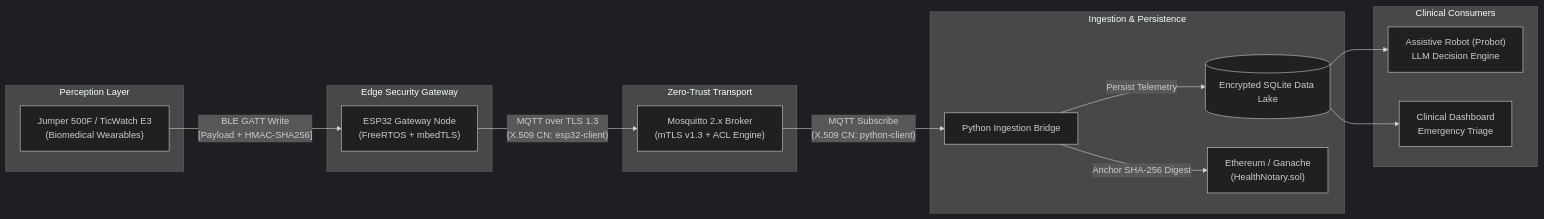
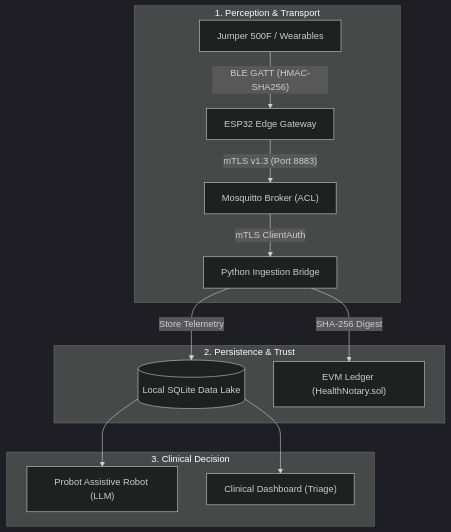
Before and after one commit to kappino/IOT_SEC_CARE_Gateway: the first of 4 diagrams in README.md, drawn with Mermaid (dark theme).

Commit message:
docs: condense architecture flowchart to top-down responsive layout

````diff
--- a/README.md
+++ b/README.md
@@ -26,33 +26,18 @@
 ```mermaid
-flowchart LR
-    subgraph Sensors["Perception Layer"]
-        Oximeter["Jumper 500F / TicWatch E3<br/>(Biomedical Wearables)"]
+flowchart TD
+    subgraph S1["1. Perception & Transport"]
+        Sensor["Jumper 500F / Wearables"] -->|"BLE GATT (HMAC-SHA256)"| Gateway["ESP32 Edge Gateway"]
+        Gateway -->|"mTLS v1.3 (Port 8883)"| Broker["Mosquitto Broker (ACL)"]
+        Broker -->|"mTLS ClientAuth"| Bridge["Python Ingestion Bridge"]
     end
 
-    subgraph Edge["Edge Security Gateway"]
-        ESP32["ESP32 Gateway Node<br/>(FreeRTOS + mbedTLS)"]
+    subgraph S2["2. Persistence & Trust"]
+        Bridge -->|"Store Telemetry"| DB[(Local SQLite Data Lake)]
+        Bridge -->|"SHA-256 Digest"| EVM["EVM Ledger (HealthNotary.sol)"]
     end
 
-    subgraph Broker["Zero-Trust Transport"]
-        Mosquitto["Mosquitto 2.x Broker<br/>(mTLS v1.3 + ACL Engine)"]
+    subgraph S3["3. Clinical Decision"]
+        DB --> Robot["Probot Assistive Robot (LLM)"]
+        DB --> Doctor["Clinical Dashboard (Triage)"]
     end
-
-    subgraph Cloud["Ingestion & Persistence"]
-        Bridge["Python Ingestion Bridge"]
-        DB[(Encrypted SQLite Data Lake)]
-        EVM["Ethereum / Ganache<br/>(HealthNotary.sol)"]
-    end
-
-    subgraph Consumers["Clinical Consumers"]
-        Robot["Assistive Robot (Probot)<br/>LLM Decision Engine"]
-        Doctor["Clinical Dashboard<br/>Emergency Triage"]
-    end
-
-    Oximeter -->|"BLE GATT Write<br/>[Payload + HMAC-SHA256]"| ESP32
-    ESP32 -->|"MQTT over TLS 1.3<br/>(X.509 CN: esp32-client)"| Mosquitto
-    Mosquitto -->|"MQTT Subscribe<br/>(X.509 CN: python-client)"| Bridge
-    Bridge -->|"Persist Telemetry"| DB
-    Bridge -->|"Anchor SHA-256 Digest"| EVM
-    DB --> Robot
-    DB --> Doctor
 ```
````
